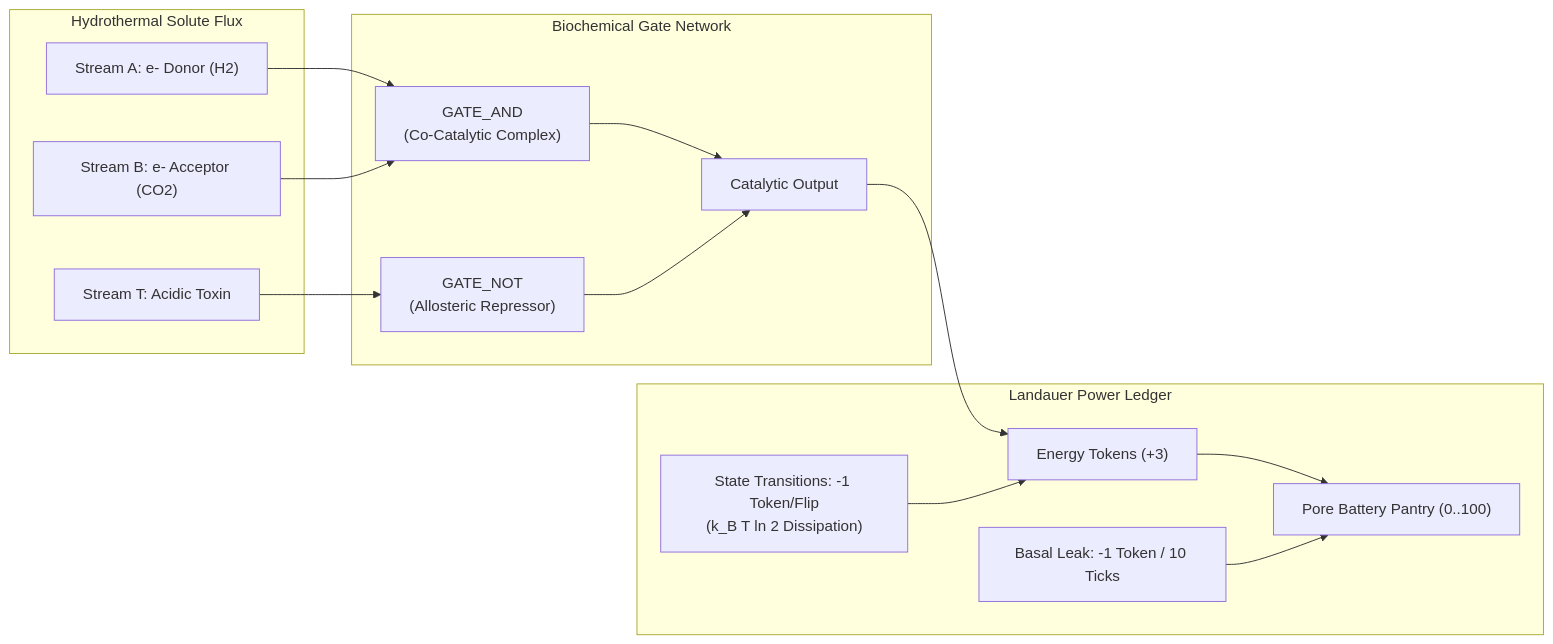
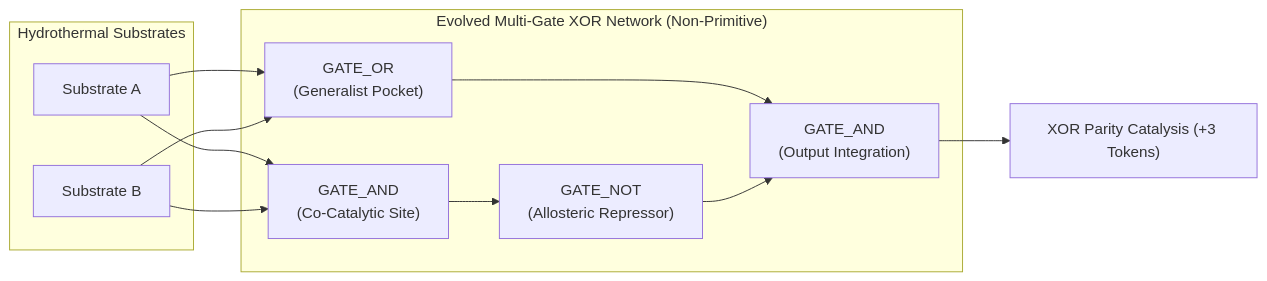
Before and after one commit to ianohlander/Siliquarium: the diagram in docs/PEDAGOGICAL_COMPANION_SUITE.md, drawn with Mermaid. The commit also changed other lines of this file and 40 other files, not shown here.

Commit message:
feat(pedagogy): modular multi-page curriculum, equation decoders, diagrams & XOR non-primitive correction

````diff
--- a/docs/PEDAGOGICAL_COMPANION_SUITE.md
+++ b/docs/PEDAGOGICAL_COMPANION_SUITE.md
@@ -657,27 +87,25 @@
 ```mermaid
 flowchart LR
-    subgraph Inputs["Hydrothermal Solute Flux"]
-        StreamA["Stream A: e- Donor (H2)"]
-        StreamB["Stream B: e- Acceptor (CO2)"]
-        ToxinT["Stream T: Acidic Toxin"]
+    subgraph Inputs["Hydrothermal Substrates"]
+        SubA["Substrate A"]
+        SubB["Substrate B"]
     end
 
-    subgraph EnzymaticLogic["Biochemical Gate Network"]
-        AndGate["GATE_AND<br/>(Co-Catalytic Complex)"]
+    subgraph EvolvedCompositeXOR["Evolved Multi-Gate XOR Network (Non-Primitive)"]
+        OrGate["GATE_OR<br/>(Generalist Pocket)"]
+        AndGate["GATE_AND<br/>(Co-Catalytic Site)"]
         NotGate["GATE_NOT<br/>(Allosteric Repressor)"]
-        StreamA --> AndGate
-        StreamB --> AndGate
-        ToxinT --> NotGate
-        AndGate --> LogicOut["Catalytic Output"]
-        NotGate --> LogicOut
+        FinalAnd["GATE_AND<br/>(Output Integration)"]
+
+        SubA --> OrGate
+        SubB --> OrGate
+        SubA --> AndGate
+        SubB --> AndGate
+
+        OrGate --> FinalAnd
+        AndGate --> NotGate
+        NotGate --> FinalAnd
     end
 
-    subgraph Thermodynamics["Landauer Power Ledger"]
-        LogicOut --> NetTokens["Energy Tokens (+3)"]
-        ToggleCost["State Transitions: -1 Token/Flip<br/>(k_B T ln 2 Dissipation)"]
-        LeakCost["Basal Leak: -1 Token / 10 Ticks"]
-        NetTokens --> Pantry["Pore Battery Pantry (0..100)"]
-        ToggleCost --> NetTokens
-        LeakCost --> Pantry
-    end
+    FinalAnd --> XorOut["XOR Parity Catalysis (+3 Tokens)"]
 ```
````
